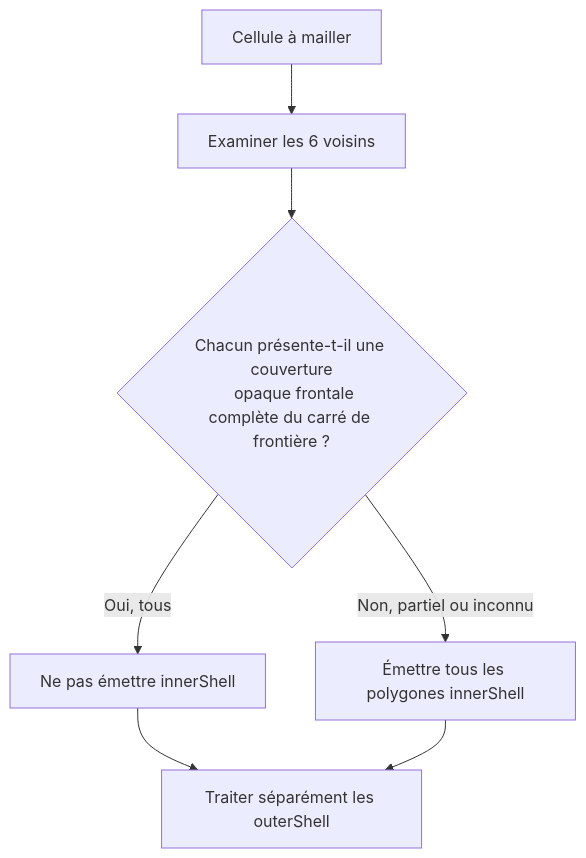
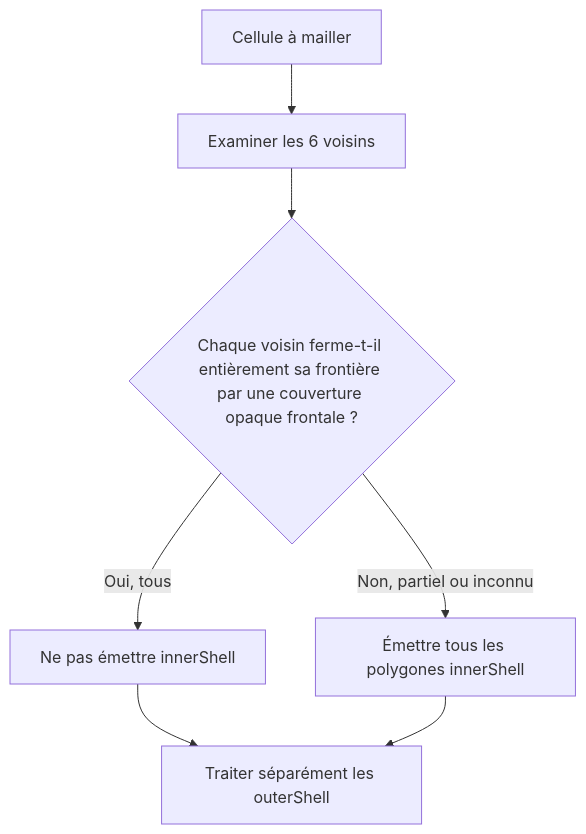
The third of 7 diagrams in docs/voxel-engine-v0.1.4-specification.md (EreliaStudio/Sparkle), drawn with Mermaid before and after one commit. The commit also changed other lines of this file, not shown here.

Commit message:
docs: clarify graphics boundary and compatibility in voxel architecture

````diff
--- a/docs/voxel-engine-v0.1.4-specification.md
+++ b/docs/voxel-engine-v0.1.4-specification.md
@@ -243,10 +243,9 @@
 ```mermaid
 flowchart TD
   C["Cellule à mailler"] --> N["Examiner les 6 voisins"]
-  N --> D{"Chacun présente-t-il une couverture
-  opaque frontale complète du carré de frontière ?"}
+  N --> D{"Chaque voisin ferme-t-il entièrement sa frontière par une couverture opaque frontale ?"}
   D -- "Oui, tous" --> X["Ne pas émettre innerShell"]
   D -- "Non, partiel ou inconnu" --> Y["Émettre tous les polygones innerShell"]
   X --> Z["Traiter séparément les outerShell"]
   Y --> Z
 ```
````
